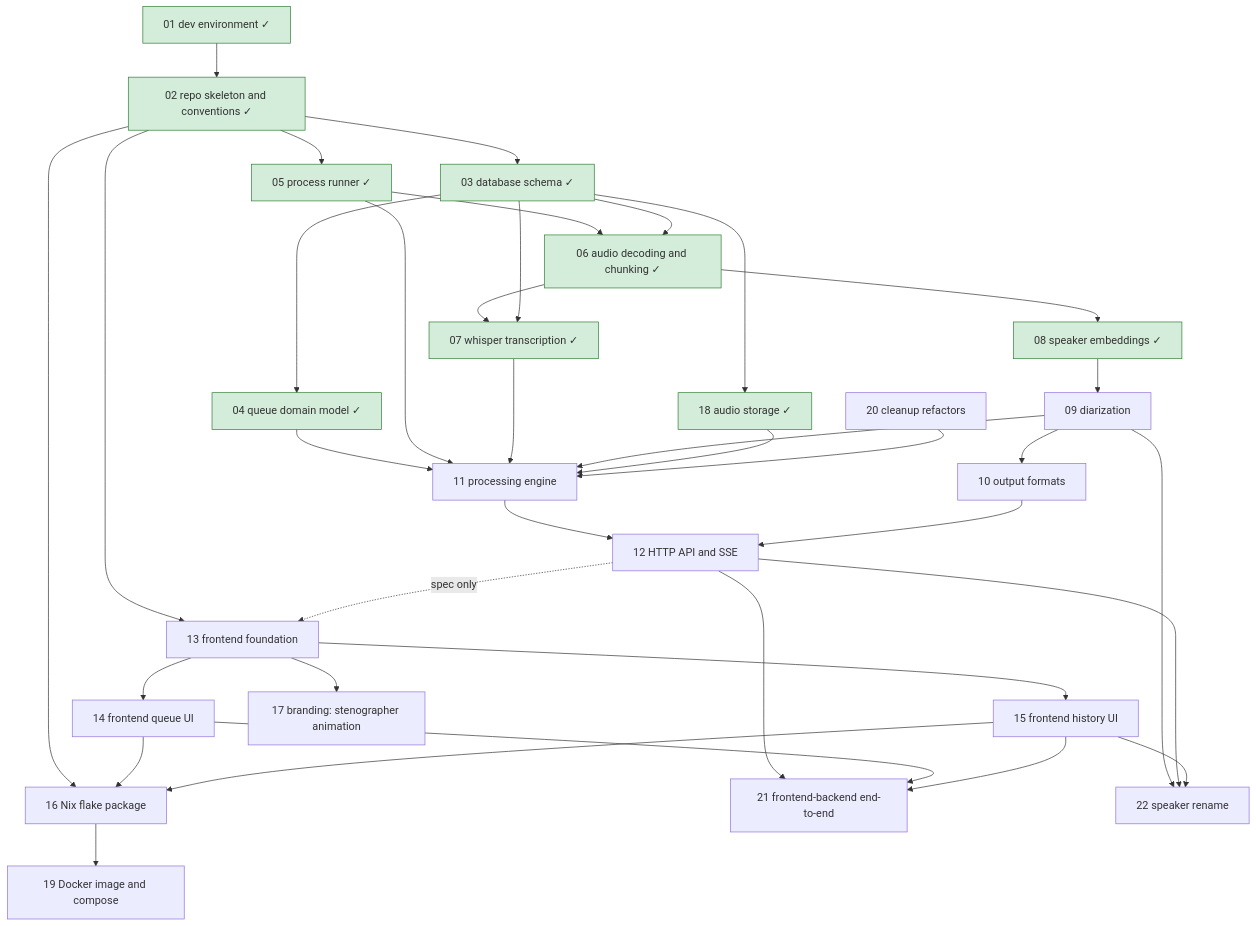
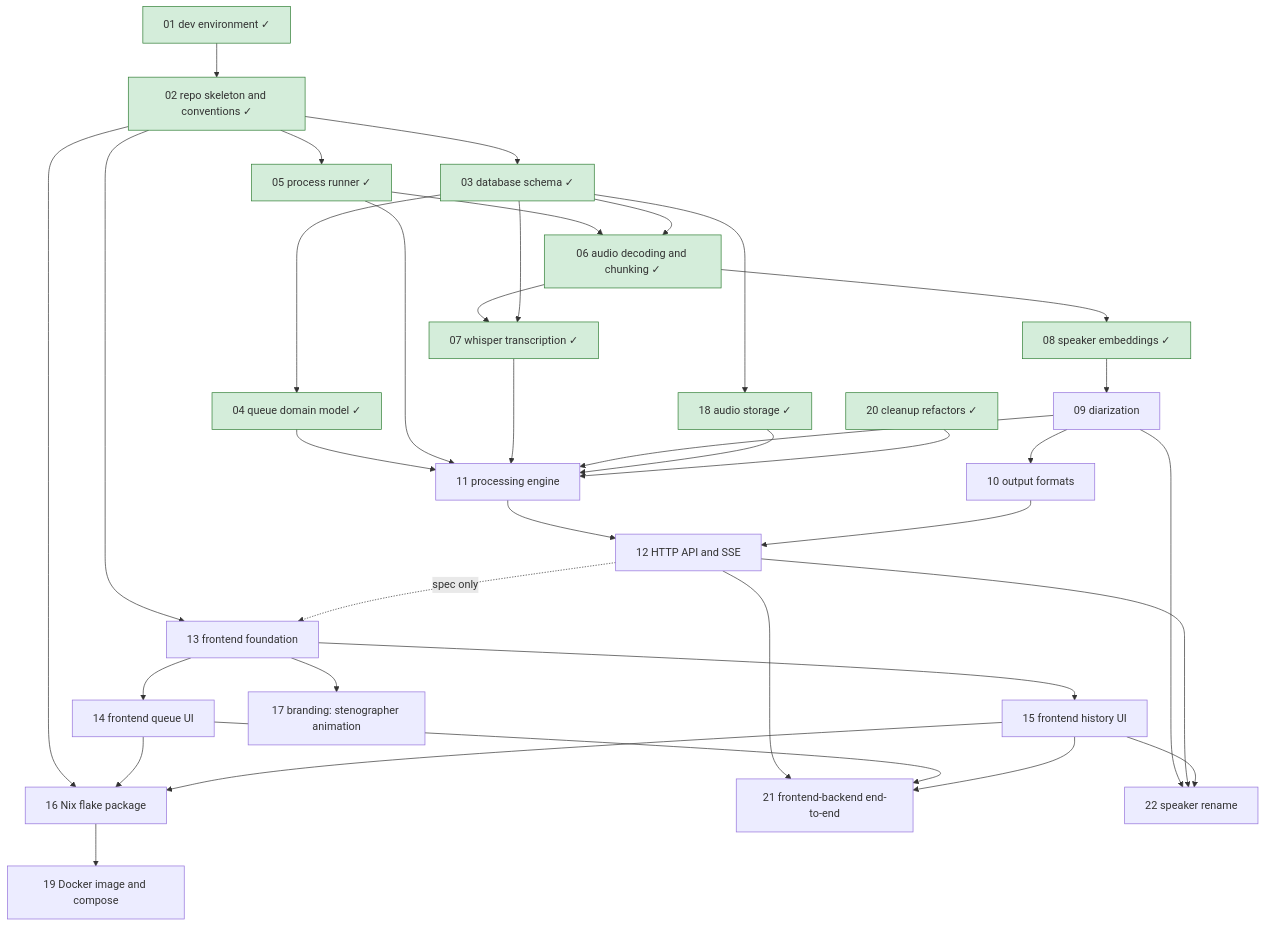
Before and after one commit to lulu-berlin/speech-to-text-app: the diagram in roadmap/README.md, drawn with Mermaid. The commit also changed other lines of this file and 2 other files, not shown here.

Commit message:
Complete roadmap item 20: move spec to docs/specs/cleanup-refactors.md

````diff
--- a/roadmap/README.md
+++ b/roadmap/README.md
@@ -17,40 +17,40 @@
 ```mermaid
 graph TD
   01[01 dev environment ✓]:::done --> 02[02 repo skeleton and conventions ✓]:::done
   02 --> 03[03 database schema ✓]:::done
   03 --> 04[04 queue domain model ✓]:::done
   02 --> 05[05 process runner ✓]:::done
   05 --> 06[06 audio decoding and chunking ✓]:::done
   03 --> 06
   06 --> 07[07 whisper transcription ✓]:::done
   03 --> 07
   06 --> 08[08 speaker embeddings ✓]:::done
   08 --> 09[09 diarization]
   09 --> 10[10 output formats]
   04 --> 11[11 processing engine]
   05 --> 11
   07 --> 11
   09 --> 11
   03 --> 18[18 audio storage ✓]:::done
   18 --> 11
   20 --> 11
   11 --> 12[12 HTTP API and SSE]
   10 --> 12
   02 --> 13[13 frontend foundation]
   12 -. spec only .-> 13
   13 --> 14[14 frontend queue UI]
   13 --> 15[15 frontend history UI]
   02 --> 16[16 Nix flake package]
   14 --> 16
   15 --> 16
   13 --> 17[17 branding: stenographer animation]
   16 --> 19[19 Docker image and compose]
-  20[20 cleanup refactors]
+  20[20 cleanup refactors ✓]:::done
   12 --> 21[21 frontend-backend end-to-end]
   14 --> 21
   15 --> 21
   09 --> 22[22 speaker rename]
   12 --> 22
   15 --> 22
   classDef done fill:#d4edda,stroke:#2e7d32
 ```
````
